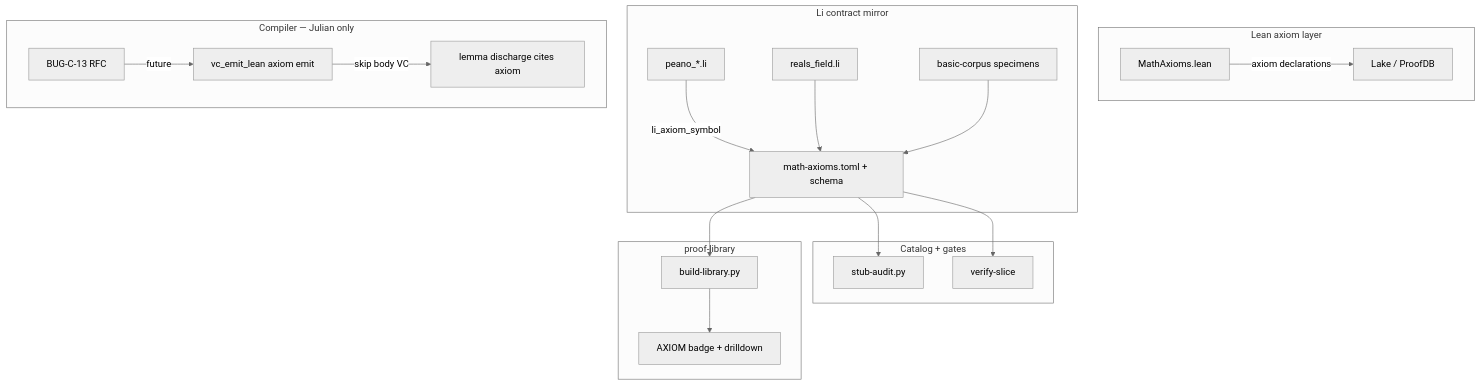
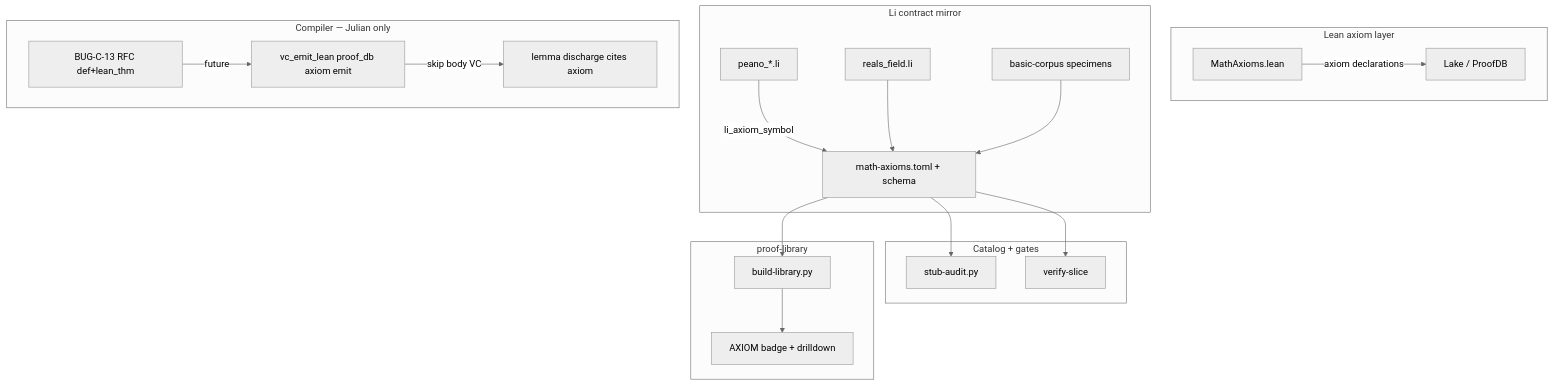
One commit to li-langverse/lic changed the diagram in docs/superpowers/plans/proof-explorer-phase10-axiom-layer.md. Above: the diagram before and after it, drawn with Mermaid (neutral theme). The commit also changed other lines of this file and 18 other files, not shown here.

First line of the commit message:
feat(parser): add implies in contracts; def-only axiom policy

````diff
--- a/docs/superpowers/plans/proof-explorer-phase10-axiom-layer.md
+++ b/docs/superpowers/plans/proof-explorer-phase10-axiom-layer.md
@@ -30,30 +30,30 @@
 ```mermaid
 flowchart TB
   subgraph lean [Lean axiom layer]
     MA[MathAxioms.lean]
     MA -->|axiom declarations| LC[Lake / ProofDB]
   end
   subgraph li [Li contract mirror]
     PE[peano_*.li]
     RF[reals_field.li]
     BC[basic-corpus specimens]
     PE -->|li_axiom_symbol| CAT
     RF --> CAT
     BC --> CAT
   end
   subgraph cat [Catalog + gates]
     CAT[math-axioms.toml + schema]
     CAT --> SA[stub-audit.py]
     CAT --> V[verify-slice]
   end
   subgraph compiler [Compiler — Julian only]
-    RFC[BUG-C-13 RFC]
-    RFC -->|future| VC[vc_emit_lean axiom emit]
+    RFC[BUG-C-13 RFC def+lean_thm]
+    RFC -->|future| VC[vc_emit_lean proof_db axiom emit]
     VC -->|skip body VC| DIS[lemma discharge cites axiom]
   end
   subgraph site [proof-library]
     BL[build-library.py]
     BL --> UI[AXIOM badge + drilldown]
   end
   CAT --> BL
 ```
````
